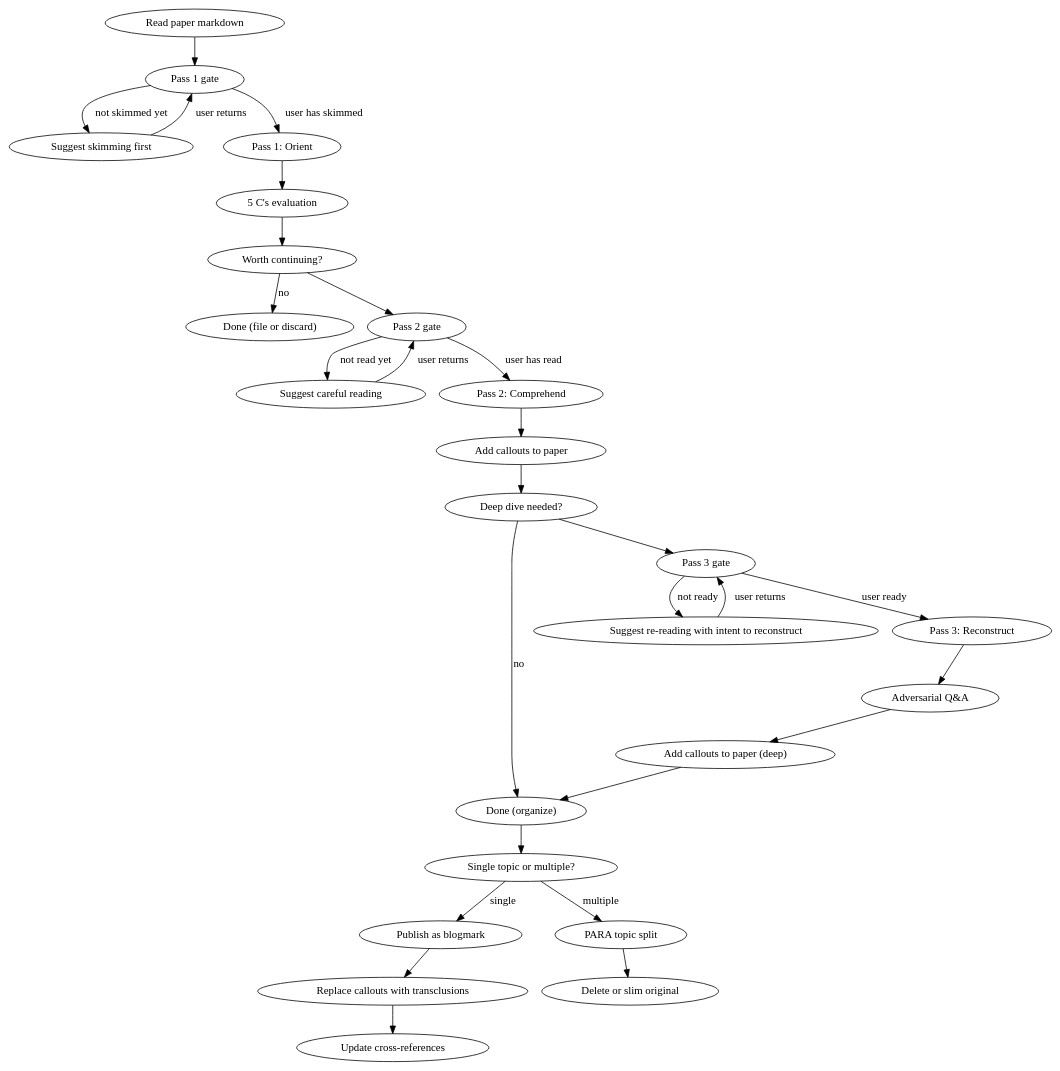
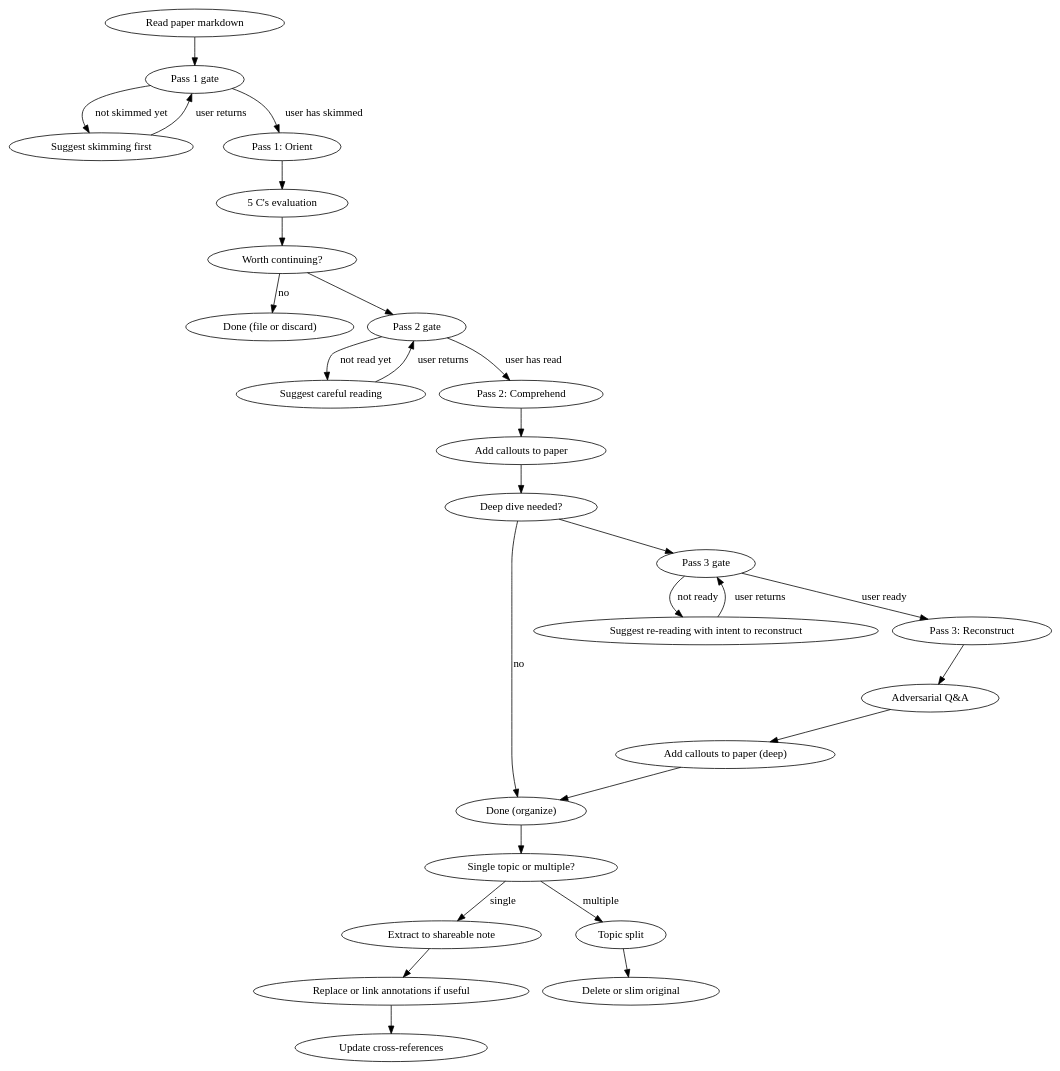
Before and after one commit to BunnyRocks/rabbit-hole: the diagram in plugins/accelerated-learning/skills/reading-papers/SKILL.md, drawn with Graphviz. The commit also changed other lines of this file and 11 other files, not shown here.

````diff
--- a/plugins/accelerated-learning/skills/reading-papers/SKILL.md
+++ b/plugins/accelerated-learning/skills/reading-papers/SKILL.md
@@ -14,31 +14,31 @@
 ```dot
 digraph reading_flow {
   "Read paper markdown" -> "Pass 1 gate";
   "Pass 1 gate" -> "Suggest skimming first" [label="not skimmed yet"];
   "Suggest skimming first" -> "Pass 1 gate" [label="user returns"];
   "Pass 1 gate" -> "Pass 1: Orient" [label="user has skimmed"];
   "Pass 1: Orient" -> "5 C's evaluation";
   "5 C's evaluation" -> "Worth continuing?";
   "Worth continuing?" -> "Done (file or discard)" [label="no"];
   "Worth continuing?" -> "Pass 2 gate";
   "Pass 2 gate" -> "Suggest careful reading" [label="not read yet"];
   "Suggest careful reading" -> "Pass 2 gate" [label="user returns"];
   "Pass 2 gate" -> "Pass 2: Comprehend" [label="user has read"];
   "Pass 2: Comprehend" -> "Add callouts to paper";
   "Add callouts to paper" -> "Deep dive needed?";
   "Deep dive needed?" -> "Done (organize)" [label="no"];
   "Deep dive needed?" -> "Pass 3 gate";
   "Pass 3 gate" -> "Suggest re-reading with intent to reconstruct" [label="not ready"];
   "Suggest re-reading with intent to reconstruct" -> "Pass 3 gate" [label="user returns"];
   "Pass 3 gate" -> "Pass 3: Reconstruct" [label="user ready"];
   "Pass 3: Reconstruct" -> "Adversarial Q&A";
   "Adversarial Q&A" -> "Add callouts to paper (deep)";
   "Add callouts to paper (deep)" -> "Done (organize)";
   "Done (organize)" -> "Single topic or multiple?";
-  "Single topic or multiple?" -> "Publish as blogmark" [label="single"];
-  "Single topic or multiple?" -> "PARA topic split" [label="multiple"];
-  "Publish as blogmark" -> "Replace callouts with transclusions";
-  "Replace callouts with transclusions" -> "Update cross-references";
-  "PARA topic split" -> "Delete or slim original";
+  "Single topic or multiple?" -> "Extract to shareable note" [label="single"];
+  "Single topic or multiple?" -> "Topic split" [label="multiple"];
+  "Extract to shareable note" -> "Replace or link annotations if useful";
+  "Replace or link annotations if useful" -> "Update cross-references";
+  "Topic split" -> "Delete or slim original";
 }
 ```
````
